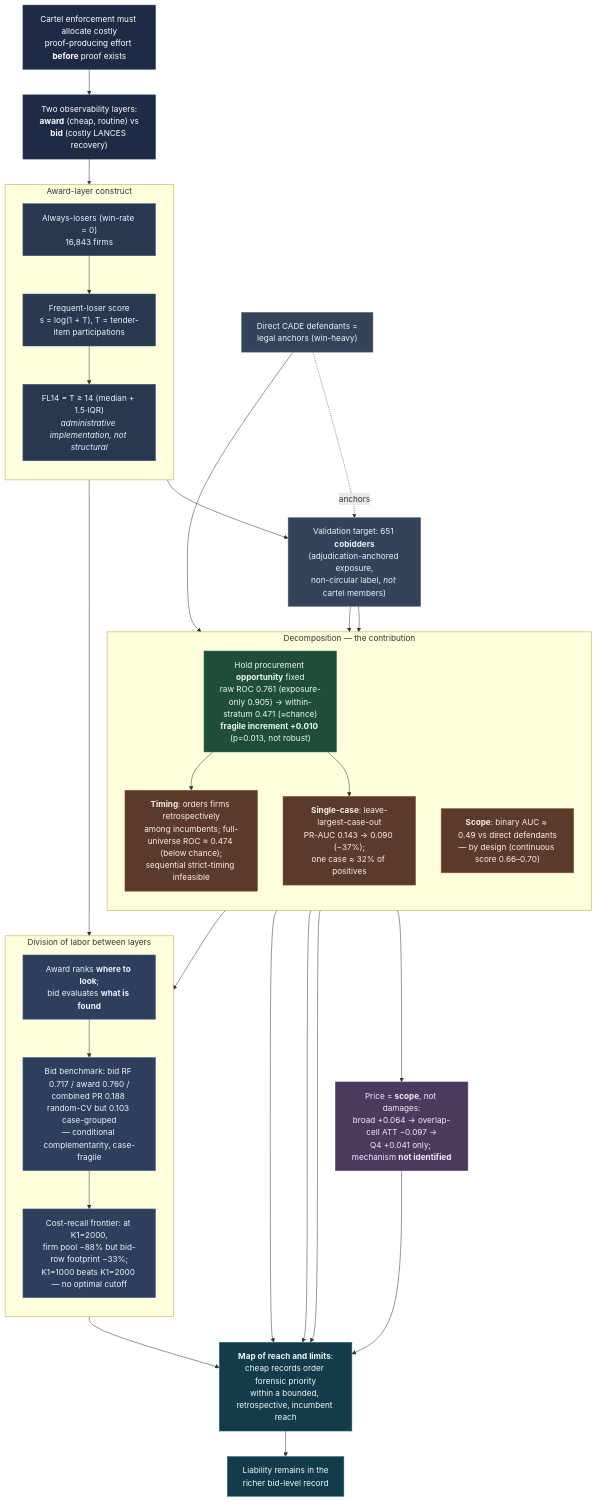
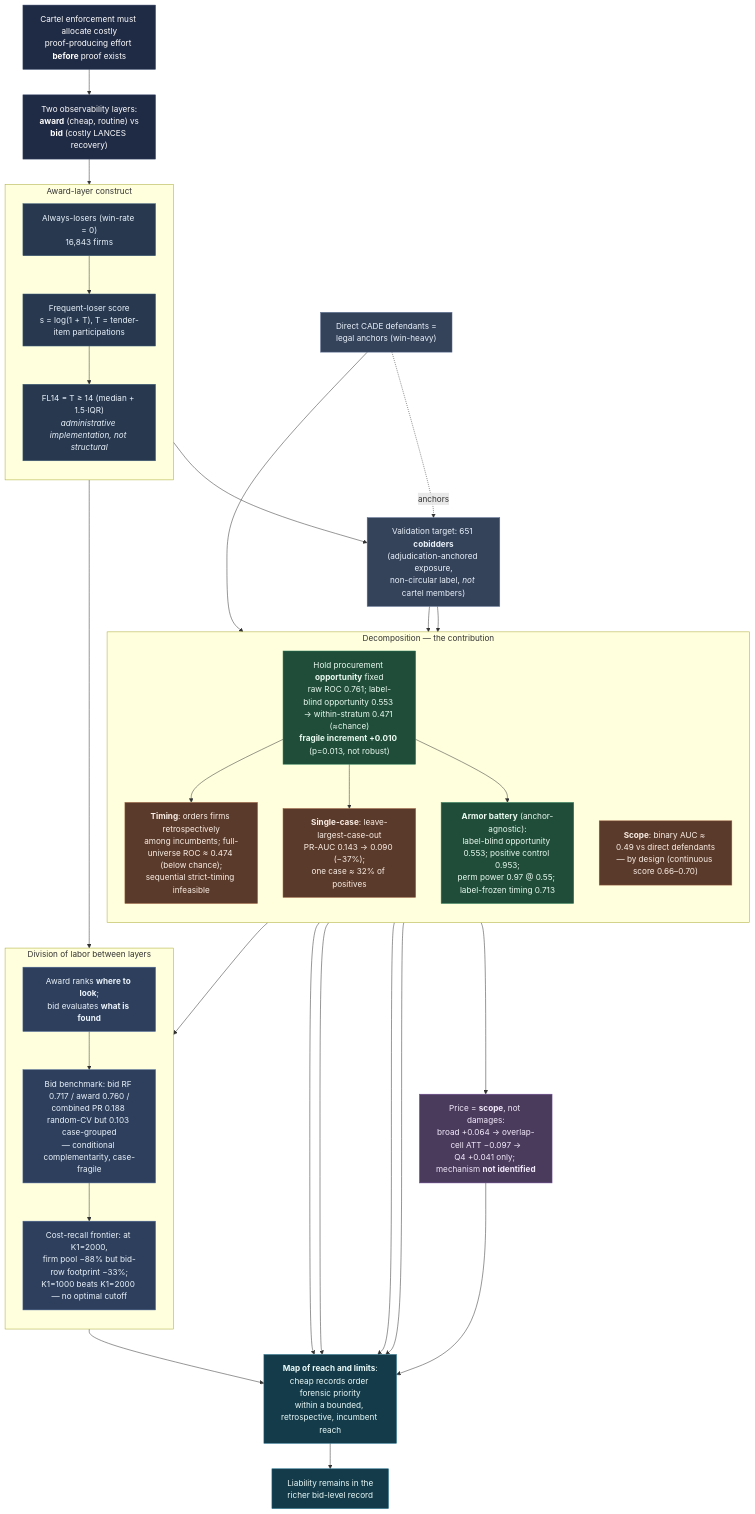
Before and after one commit to darciogm/darciogm.github.io: the diagram in docs/research/frequent-losers/dag.md, drawn with Mermaid. The commit also changed other lines of this file and 21 other files, not shown here.

````diff
--- a/docs/research/frequent-losers/dag.md
+++ b/docs/research/frequent-losers/dag.md
@@ -14,71 +15,74 @@
 ```mermaid
 flowchart TD
     %% ---------- Premise ----------
     P0["Cartel enforcement must allocate costly<br/>proof-producing effort <b>before</b> proof exists"]:::premise
     P1["Two observability layers:<br/><b>award</b> (cheap, routine) vs<br/><b>bid</b> (costly LANCES recovery)"]:::premise
     P0 --> P1
 
     %% ---------- Construct ----------
     subgraph CON["Award-layer construct"]
       direction TB
       C1["Always-losers (win-rate = 0)<br/>16,843 firms"]:::obj
       C2["Frequent-loser score<br/>s = log(1 + T), T = tender-item participations"]:::obj
       C3["FL14 = T &ge; 14 (median + 1.5&middot;IQR)<br/><i>administrative implementation, not structural</i>"]:::obj
       C1 --> C2 --> C3
     end
     P1 --> C1
 
     %% ---------- Validation target ----------
     V1["Validation target: 651 <b>cobidders</b><br/>(adjudication-anchored exposure,<br/>non-circular label, <i>not</i> cartel members)"]:::target
     V2["Direct CADE defendants =<br/>legal anchors (win-heavy)"]:::target
     C2 --> V1
     V2 -. anchors .-> V1
 
     %% ---------- Decomposition: the method ----------
     subgraph DEC["Decomposition — the contribution"]
       direction TB
-      D1["Hold procurement <b>opportunity</b> fixed<br/>raw ROC 0.761 (exposure-only 0.905) &rarr; within-stratum 0.471 (&approx;chance)<br/><b>fragile increment +0.010</b> (p=0.013, not robust)"]:::method
+      D1["Hold procurement <b>opportunity</b> fixed<br/>raw ROC 0.761; label-blind opportunity 0.553 &rarr; within-stratum 0.471 (&approx;chance)<br/><b>fragile increment +0.010</b> (p=0.013, not robust)"]:::method
       D2["<b>Timing</b>: orders firms retrospectively<br/>among incumbents; full-universe ROC &approx; 0.474 (below chance);<br/>sequential strict-timing infeasible"]:::limit
       D3["<b>Single-case</b>: leave-largest-case-out<br/>PR-AUC 0.143 &rarr; 0.090 (&minus;37%);<br/>one case &approx; 32% of positives"]:::limit
       D4["<b>Scope</b>: binary AUC &approx; 0.49 vs direct defendants<br/>&mdash; by design (continuous score 0.66&ndash;0.70)"]:::limit
+      D5["<b>Armor battery</b> (anchor-agnostic):<br/>label-blind opportunity 0.553; positive control 0.953;<br/>perm power 0.97 @ 0.55; label-frozen timing 0.713"]:::method
     end
     V1 --> D1
     D1 --> D2
     D1 --> D3
     V1 --> D4
     V2 --> D4
+    D1 --> D5
 
     %% ---------- Architecture ----------
     subgraph ARC["Division of labor between layers"]
       direction TB
       A1["Award ranks <b>where to look</b>;<br/>bid evaluates <b>what is found</b>"]:::arch
       A2["Bid benchmark: bid RF 0.717 / award 0.760 /<br/>combined PR 0.188 random-CV but 0.103 case-grouped<br/>&mdash; conditional complementarity, case-fragile"]:::arch
       A3["Cost-recall frontier: at K1=2000,<br/>firm pool &minus;88% but bid-row footprint &minus;33%;<br/>K1=1000 beats K1=2000 &mdash; no optimal cutoff"]:::arch
       A1 --> A2 --> A3
     end
     D1 --> A1
     C3 --> A3
 
     %% ---------- Price (scope) ----------
     PR1["Price = <b>scope</b>, not damages:<br/>broad +0.064 &rarr; overlap-cell ATT &minus;0.097 &rarr;<br/>Q4 +0.041 only; mechanism <b>not identified</b>"]:::scope
     D4 --> PR1
 
     %% ---------- Conclusion ----------
     Z1["<b>Map of reach and limits</b>:<br/>cheap records order forensic priority<br/>within a bounded, retrospective, incumbent reach"]:::concl
     Z2["Liability remains in the<br/>richer bid-level record"]:::concl
     D1 --> Z1
     D2 --> Z1
     D3 --> Z1
+    D5 --> Z1
     A3 --> Z1
     PR1 --> Z1
     Z1 --> Z2
 
     classDef premise fill:#1f2a44,stroke:#3b4a6b,color:#fff;
     classDef obj fill:#27384f,stroke:#3e5c79,color:#eaf2fb;
     classDef target fill:#34425a,stroke:#5b6f93,color:#eaf2fb;
     classDef method fill:#1f4d3a,stroke:#2e7d5b,color:#eafaf0;
     classDef limit fill:#5a3a2a,stroke:#9a5b3b,color:#fbeee6;
     classDef arch fill:#2d3f5c,stroke:#4a679a,color:#eaf2fb;
     classDef scope fill:#4a3a5c,stroke:#6f4a9a,color:#f2eafb;
     classDef concl fill:#143b4a,stroke:#1f6f8b,color:#eafaf8;
 ```
````
